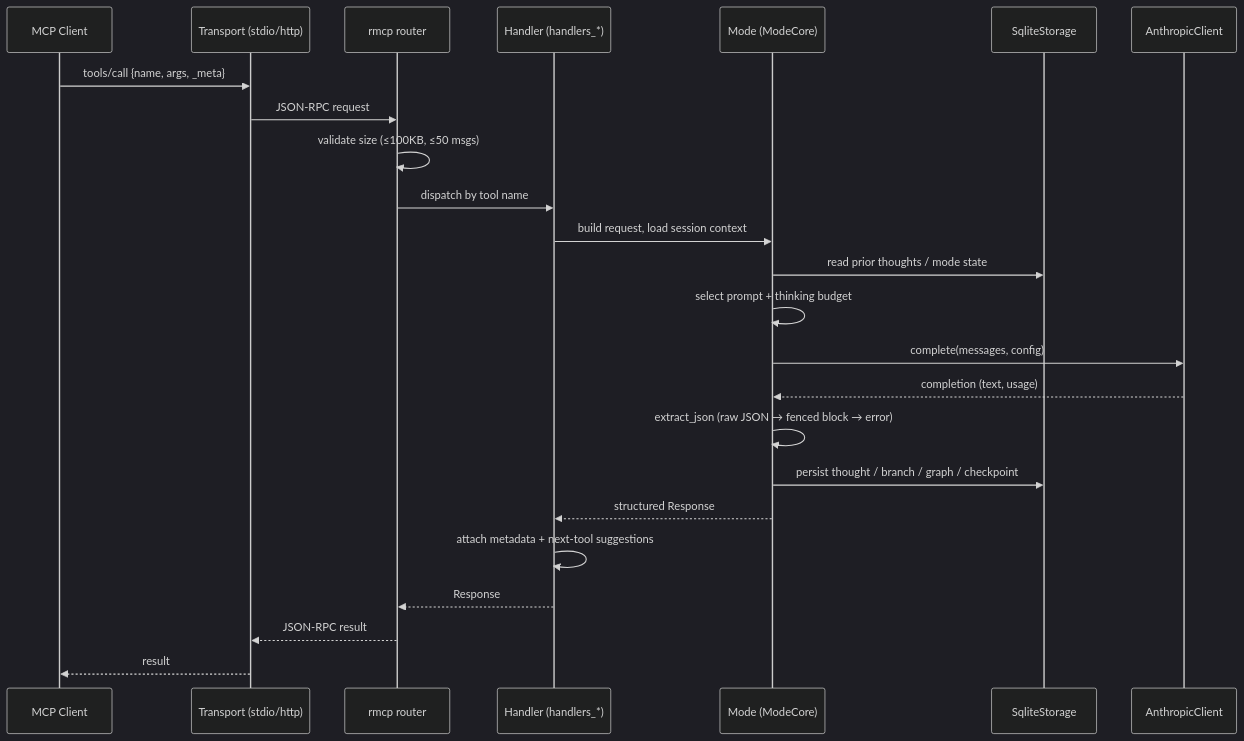
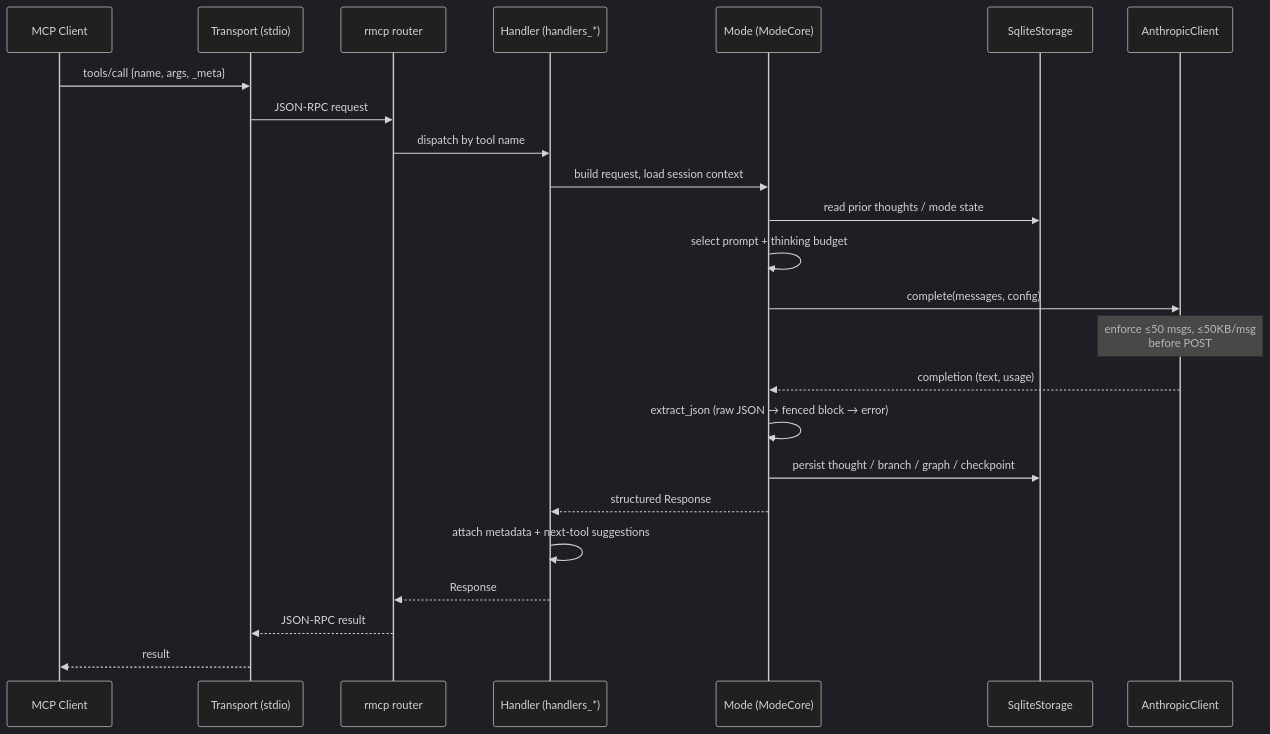
Before and after one commit to quanticsoul4772/mcp-reasoning: the second of 8 diagrams in docs/reference/END_TO_END_FLOW.md, drawn with Mermaid (dark theme). The commit also changed other lines of this file, not shown here.

First line of the commit message:
docs: fix e2e-flow accuracy findings from review

````diff
--- a/docs/reference/END_TO_END_FLOW.md
+++ b/docs/reference/END_TO_END_FLOW.md
@@ -71,27 +72,27 @@
 ```mermaid
 sequenceDiagram
     participant C as MCP Client
-    participant T as Transport (stdio/http)
+    participant T as Transport (stdio)
     participant R as rmcp router
     participant H as Handler (handlers_*)
     participant M as Mode (ModeCore)
     participant S as SqliteStorage
     participant A as AnthropicClient
 
     C->>T: tools/call {name, args, _meta}
     T->>R: JSON-RPC request
-    R->>R: validate size (≤100KB, ≤50 msgs)
     R->>H: dispatch by tool name
     H->>M: build request, load session context
     M->>S: read prior thoughts / mode state
     M->>M: select prompt + thinking budget
     M->>A: complete(messages, config)
+    Note over A: enforce ≤50 msgs, ≤50KB/msg<br/>before POST
     A-->>M: completion (text, usage)
     M->>M: extract_json (raw JSON → fenced block → error)
     M->>S: persist thought / branch / graph / checkpoint
     M-->>H: structured Response
     H->>H: attach metadata + next-tool suggestions
     H-->>R: Response
     R-->>T: JSON-RPC result
     T-->>C: result
 ```
````
